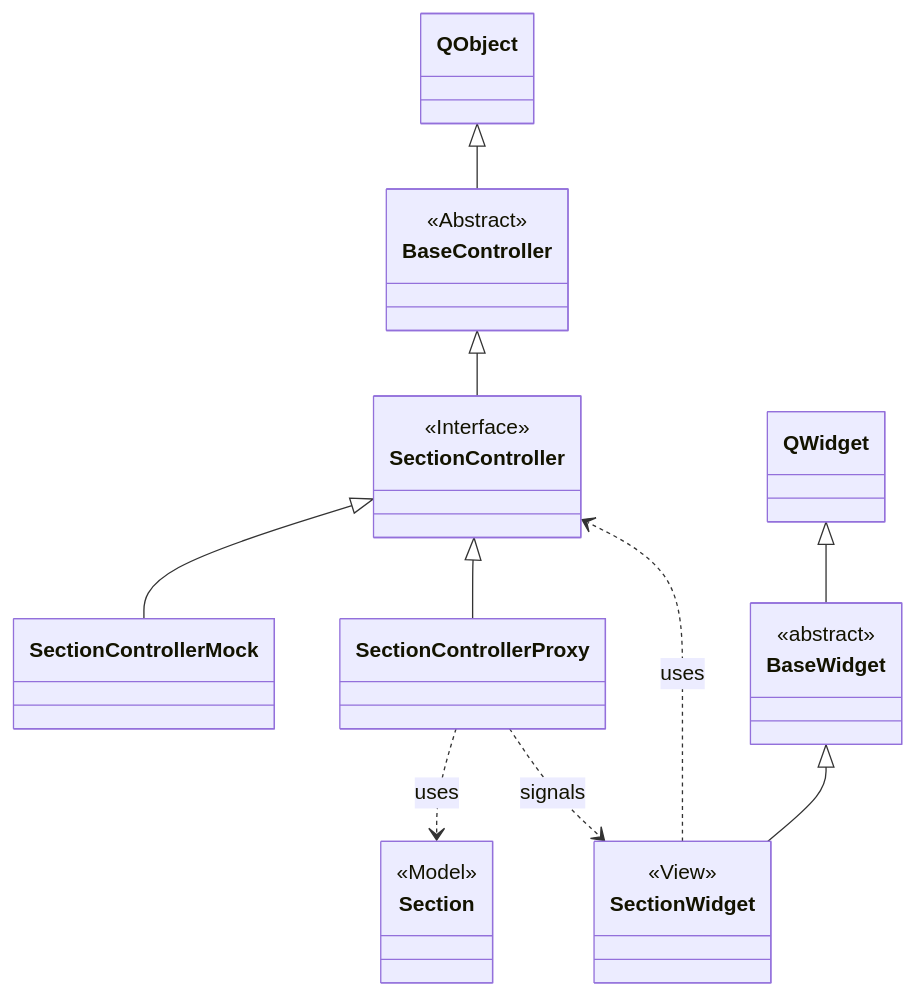
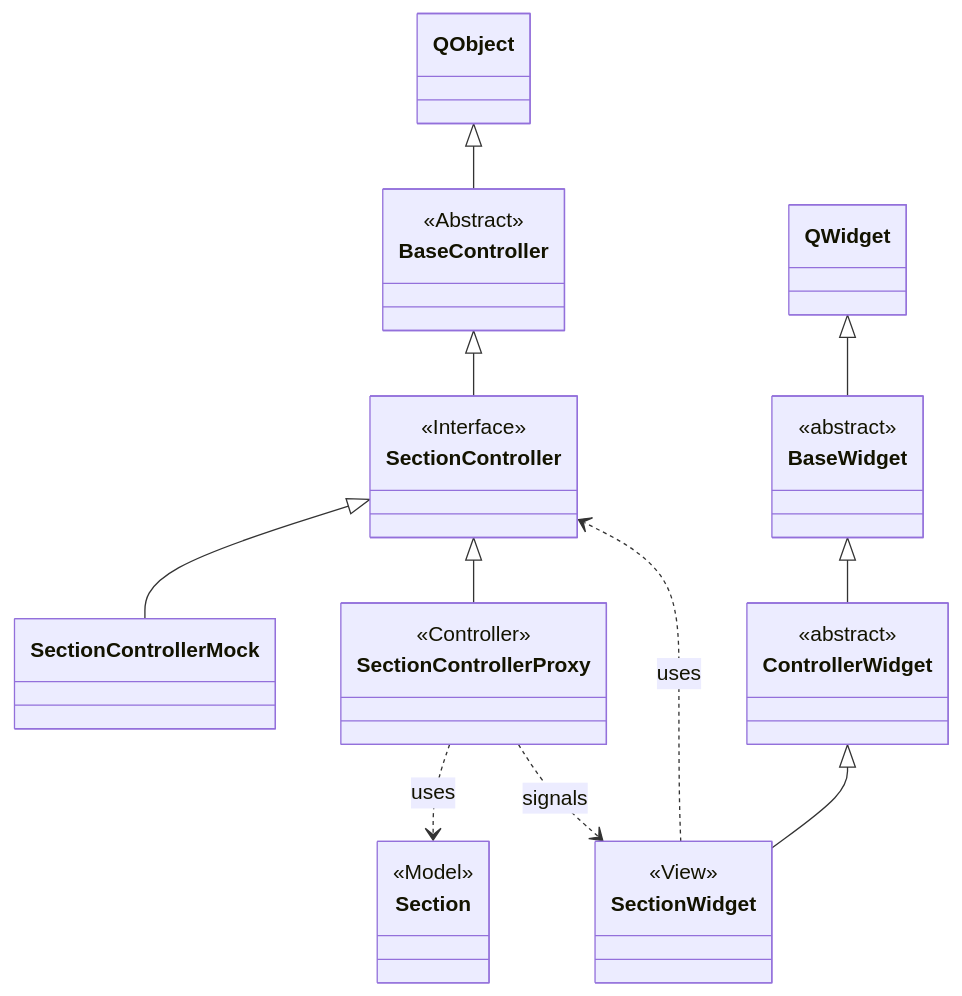
Before and after one commit to stmork/mrw-track-control-ng: the second of 2 diagrams in ui/README.md, drawn with Mermaid. The commit also changed other lines of this file and 15 other files, not shown here.

````diff
--- a/ui/README.md
+++ b/ui/README.md
@@ -39,31 +42,38 @@
 ```mermaid
 classDiagram
 
 class BaseController
 <<Abstract>> BaseController
 
 class SectionController
 <<Interface>> SectionController
 
+class SectionControllerProxy
+<<Controller>> SectionControllerProxy
+
 class BaseWidget
 <<abstract>> BaseWidget
+
+class ControllerWidget
+<<abstract>> ControllerWidget
 
 class SectionWidget
 <<View>> SectionWidget
 
 class Section
 <<Model>> Section
 
 QObject <|-- BaseController
 BaseController <|-- SectionController
-BaseWidget <|-- SectionWidget
+BaseWidget <|-- ControllerWidget
+ControllerWidget <|-- SectionWidget
 
 QWidget <|-- BaseWidget
 SectionWidget ..> SectionController : uses
 SectionControllerProxy ..> Section : uses
 SectionControllerProxy ..> SectionWidget : signals
 
 SectionController <|-- SectionControllerMock
 SectionController <|-- SectionControllerProxy
 
 ```
````
